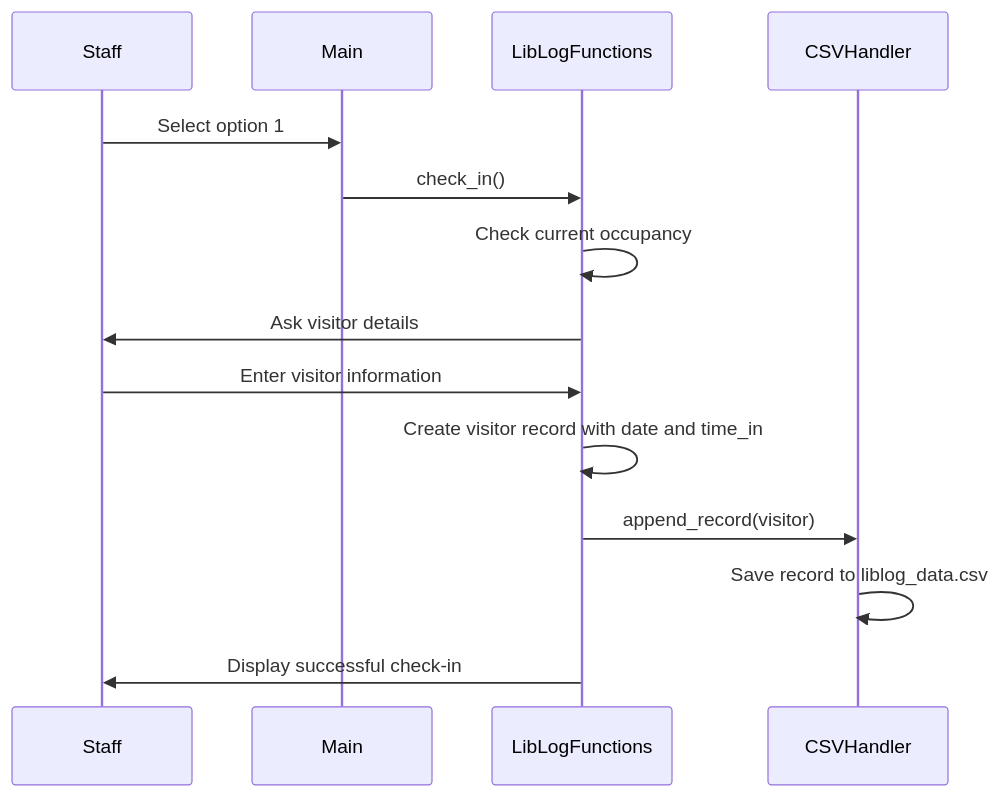
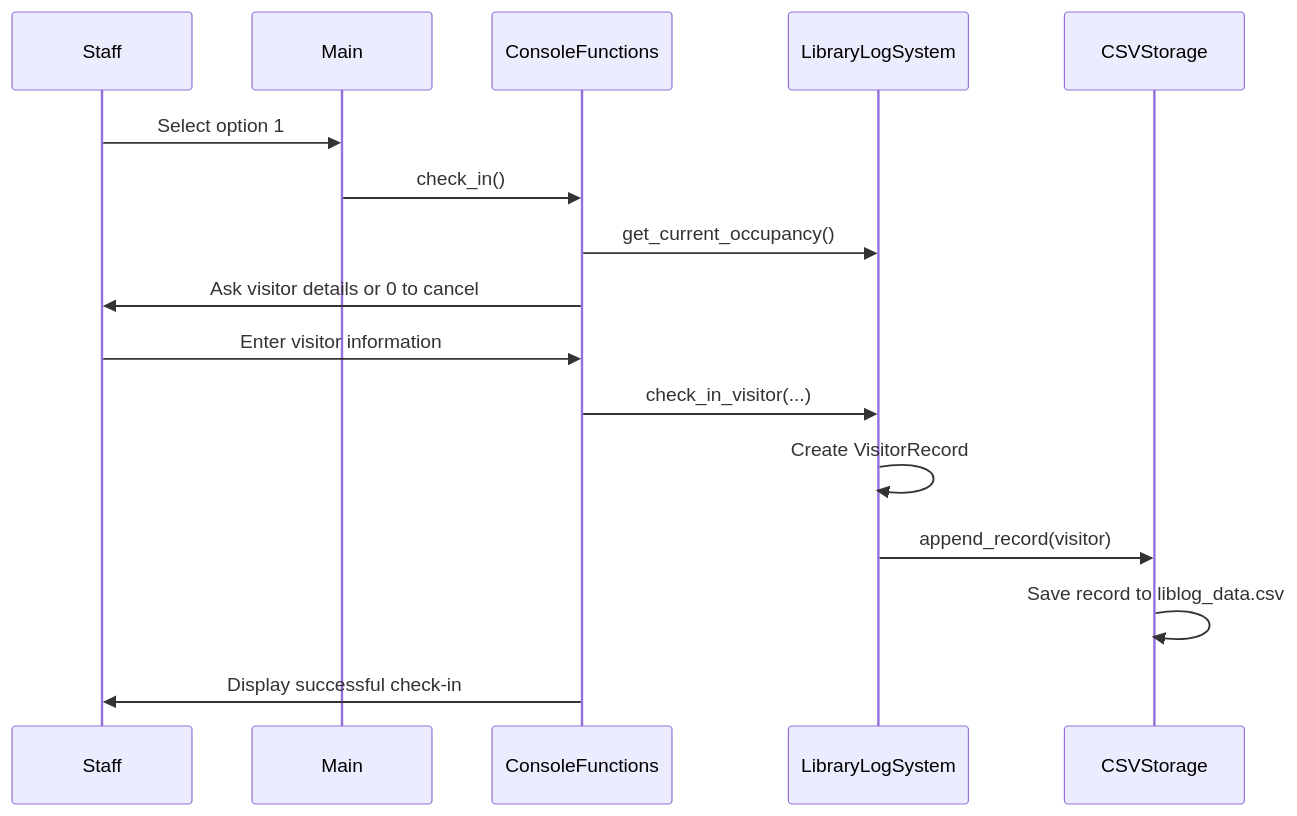
The third of 5 diagrams in DOCUMENTATION.md (KekenGit/LibLogConsole), drawn with Mermaid before and after one commit. The commit also changed other lines of this file, not shown here.

````diff
--- a/DOCUMENTATION.md
+++ b/DOCUMENTATION.md
@@ -182,17 +245,19 @@
 ```mermaid
 sequenceDiagram
     participant Staff
     participant Main
-    participant LibLogFunctions
-    participant CSVHandler
+    participant ConsoleFunctions
+    participant LibraryLogSystem
+    participant CSVStorage
 
     Staff->>Main: Select option 1
-    Main->>LibLogFunctions: check_in()
-    LibLogFunctions->>LibLogFunctions: Check current occupancy
-    LibLogFunctions->>Staff: Ask visitor details
-    Staff->>LibLogFunctions: Enter visitor information
-    LibLogFunctions->>LibLogFunctions: Create visitor record with date and time_in
-    LibLogFunctions->>CSVHandler: append_record(visitor)
-    CSVHandler->>CSVHandler: Save record to liblog_data.csv
-    LibLogFunctions->>Staff: Display successful check-in
+    Main->>ConsoleFunctions: check_in()
+    ConsoleFunctions->>LibraryLogSystem: get_current_occupancy()
+    ConsoleFunctions->>Staff: Ask visitor details or 0 to cancel
+    Staff->>ConsoleFunctions: Enter visitor information
+    ConsoleFunctions->>LibraryLogSystem: check_in_visitor(...)
+    LibraryLogSystem->>LibraryLogSystem: Create VisitorRecord
+    LibraryLogSystem->>CSVStorage: append_record(visitor)
+    CSVStorage->>CSVStorage: Save record to liblog_data.csv
+    ConsoleFunctions->>Staff: Display successful check-in
 ```
````
